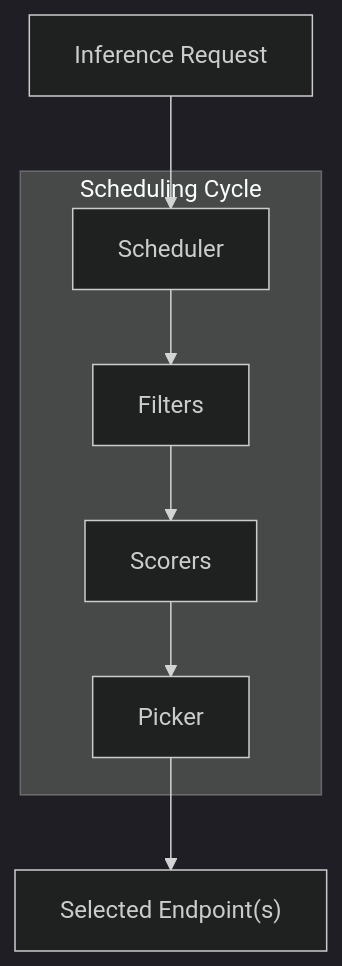
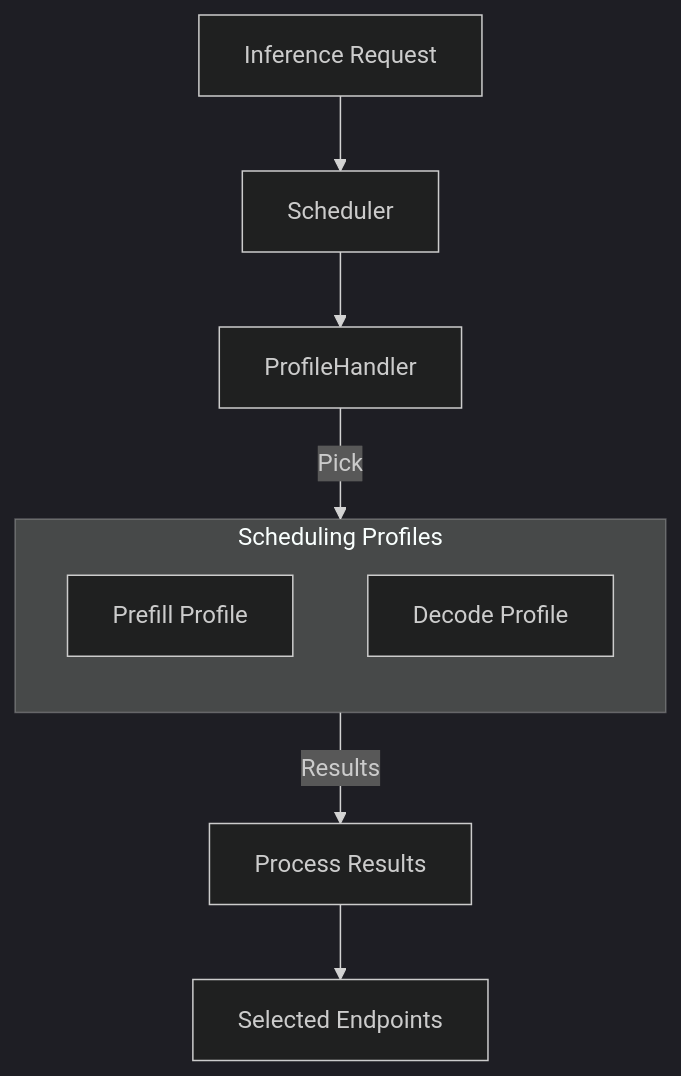
The second of 2 diagrams in docs/wip-docs-new/architecture/core/epp/scheduling.md (ahg-g/llm-d), drawn with Mermaid (dark theme) before and after one commit. The commit also changed other lines of this file, not shown here.

````diff
--- a/docs/wip-docs-new/architecture/core/epp/scheduling.md
+++ b/docs/wip-docs-new/architecture/core/epp/scheduling.md
@@ -9,12 +96,15 @@
 ```mermaid
 flowchart TD
     Req[Inference Request] --> S[Scheduler]
+    S --> PH[ProfileHandler]
     
-    subgraph Scheduling Cycle
-        S --> Filter[Filters]
-        Filter --> Score[Scorers]
-        Score --> Pick[Picker]
+    subgraph Profiles [Scheduling Profiles]
+        direction TB
+        P1[Prefill Profile]
+        P2[Decode Profile]
     end
-    
-    Pick --> Target["Selected Endpoint(s)"]
+
+    PH -->|Pick| Profiles
+    Profiles -->|Results| PR[Process Results]
+    PR --> Target[Selected Endpoints]
 ```
````
